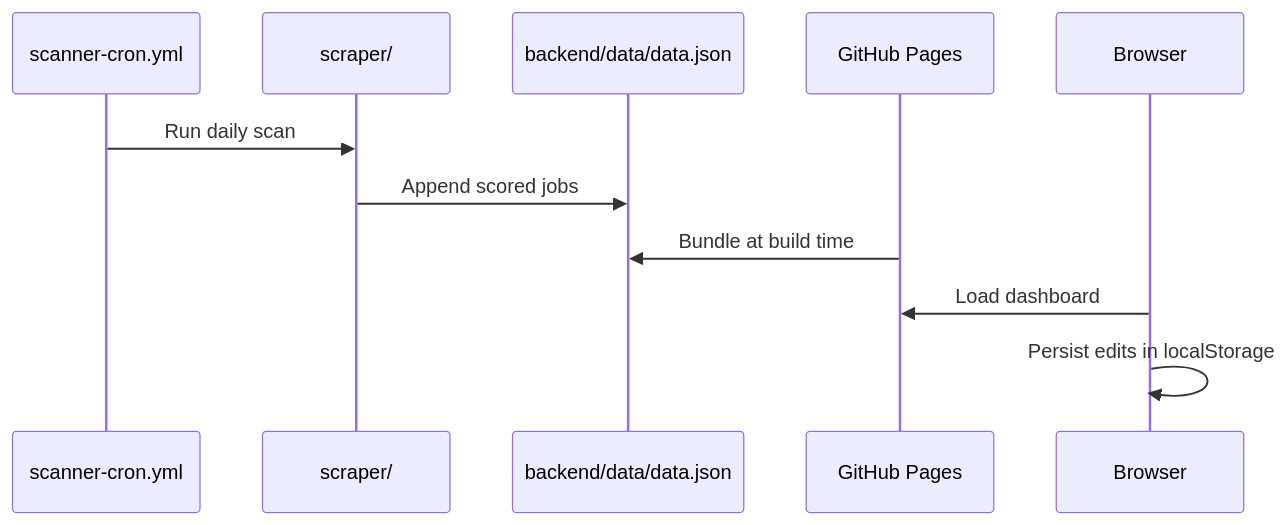
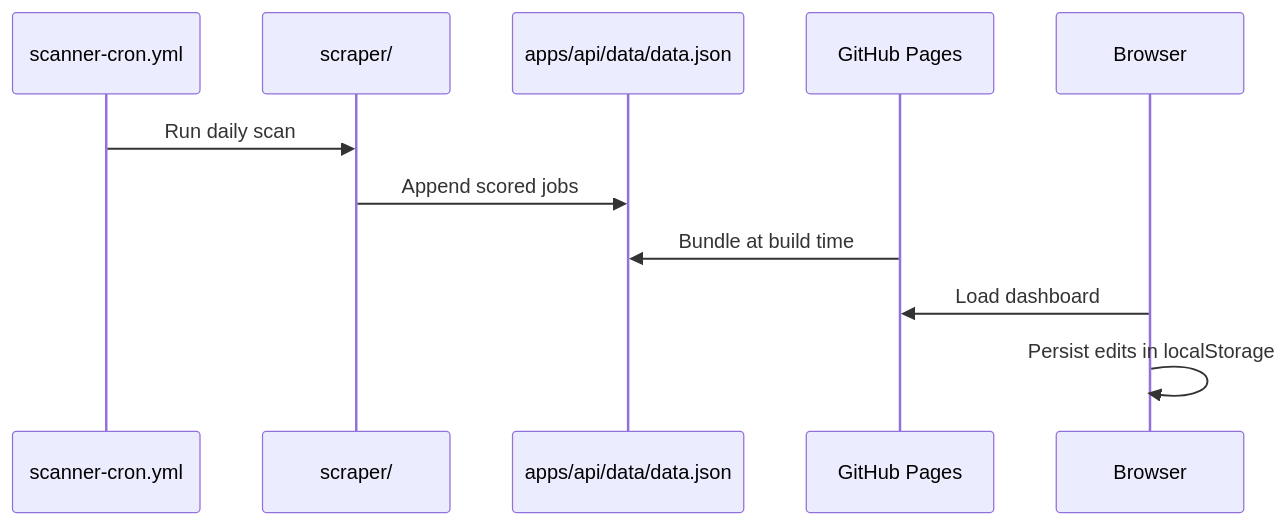
The first of 3 diagrams in docs/architecture/overview.md (buhahemal/ai-job-hunting), drawn with Mermaid before and after one commit. The commit also changed other lines of this file and 104 other files, not shown here.

````diff
--- a/docs/architecture/overview.md
+++ b/docs/architecture/overview.md
@@ -17,14 +17,14 @@
 ```mermaid
 sequenceDiagram
     participant Cron as scanner-cron.yml
     participant Scraper as scraper/
-    participant Data as backend/data/data.json
+    participant Data as apps/api/data/data.json
     participant Pages as GitHub Pages
     participant User as Browser
 
     Cron->>Scraper: Run daily scan
     Scraper->>Data: Append scored jobs
     Pages->>Data: Bundle at build time
     User->>Pages: Load dashboard
     User->>User: Persist edits in localStorage
 ```
````
